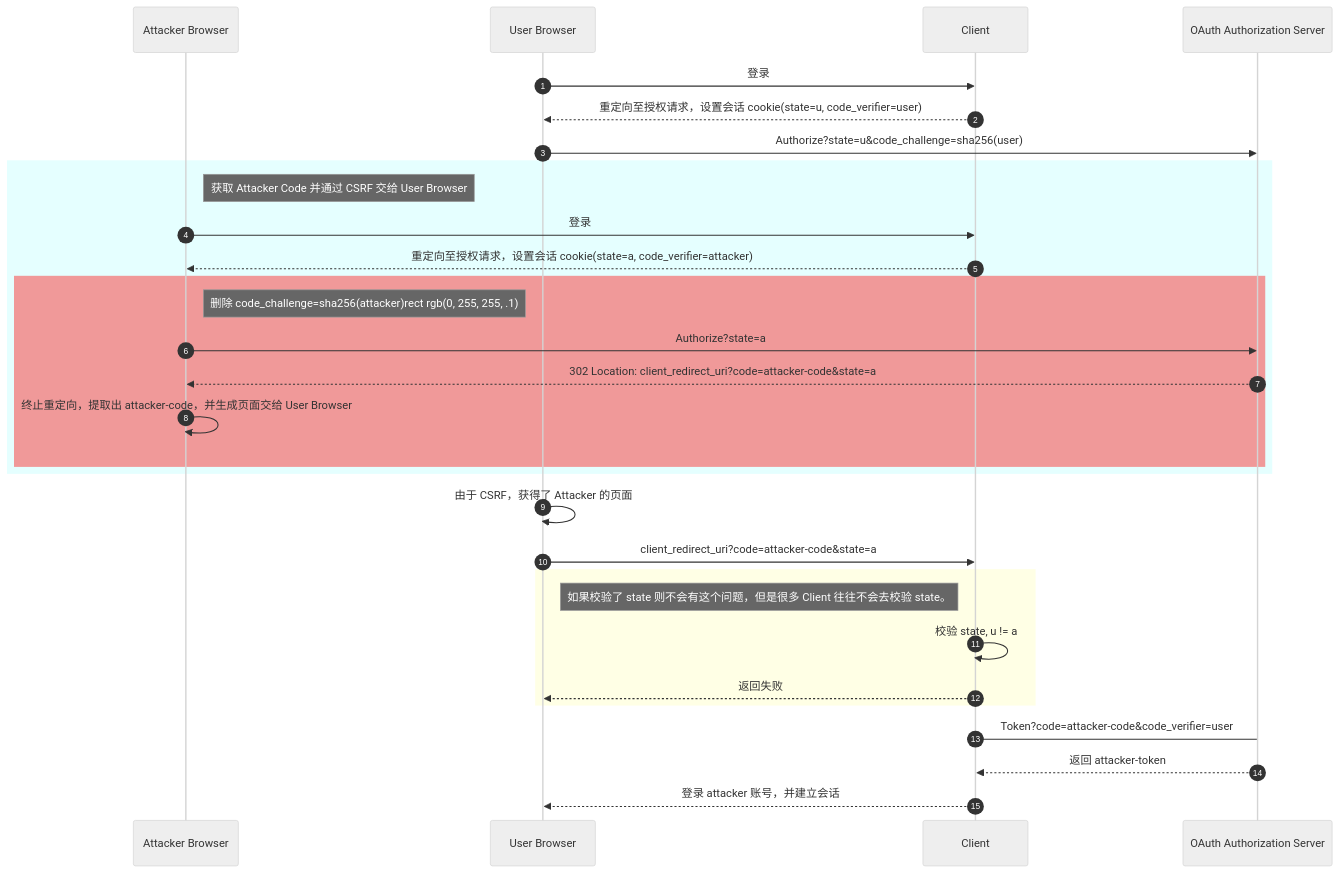
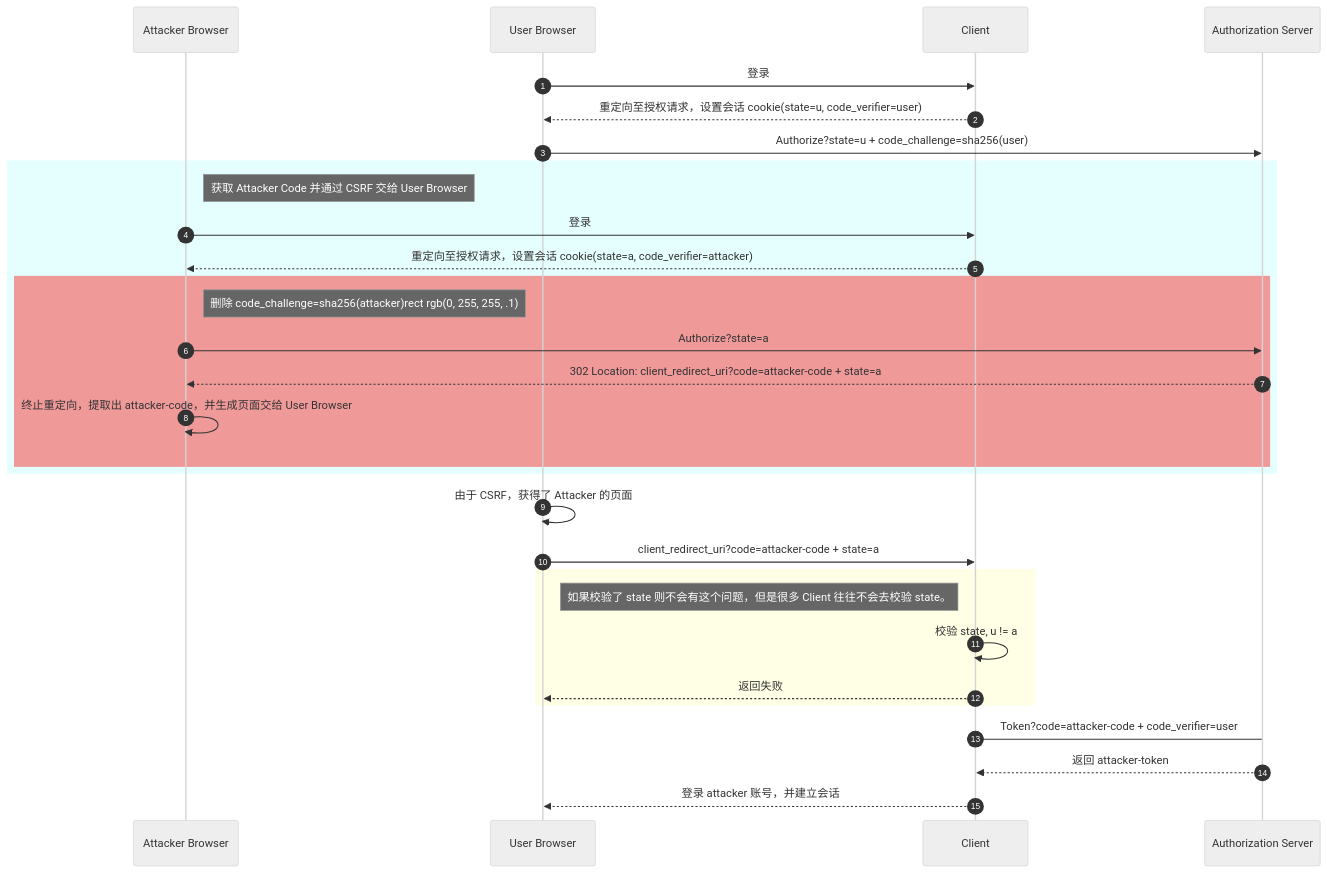
Before and after one commit to lsj9383/blog: the seventh of 9 diagrams in posts/oauth-best-practice/readme.md, drawn with Mermaid (neutral theme). The commit also changed other lines of this file, not shown here.

````diff
--- a/posts/oauth-best-practice/readme.md
+++ b/posts/oauth-best-practice/readme.md
@@ -567,38 +578,38 @@
 ```mermaid
 sequenceDiagram
 autonumber
 
 participant attacker_browser as Attacker Browser
 participant user_browser as User Browser
 participant client as Client
-participant authz_server as OAuth Authorization Server
+participant authz_server as Authorization Server
 
 user_browser ->> client: 登录
 client -->> user_browser: 重定向至授权请求，设置会话 cookie(state=u, code_verifier=user)
-user_browser ->> authz_server: Authorize?state=u&code_challenge=sha256(user)
+user_browser ->> authz_server: Authorize?state=u + code_challenge=sha256(user)
 
 rect rgb(0, 255, 255, .1)
     Note right of attacker_browser: 获取 Attacker Code 并通过 CSRF 交给 User Browser
     attacker_browser ->> client: 登录
     client -->> attacker_browser: 重定向至授权请求，设置会话 cookie(state=a, code_verifier=attacker)
 
     rect rgb(255, 0, 0, .4)
         Note right of attacker_browser: 删除 code_challenge=sha256(attacker)rect rgb(0, 255, 255, .1)
         attacker_browser ->> authz_server: Authorize?state=a
-        authz_server -->> attacker_browser: 302 Location: client_redirect_uri?code=attacker-code&state=a
+        authz_server -->> attacker_browser: 302 Location: client_redirect_uri?code=attacker-code + state=a
         attacker_browser ->> attacker_browser: 终止重定向，提取出 attacker-code，并生成页面交给 User Browser
     end
 end
 
 user_browser ->> user_browser: 由于 CSRF，获得了 Attacker 的页面
-user_browser ->> client: client_redirect_uri?code=attacker-code&state=a
+user_browser ->> client: client_redirect_uri?code=attacker-code + state=a
 
 rect rgb(255, 255, 0, .1)
     Note right of user_browser: 如果校验了 state 则不会有这个问题，但是很多 Client 往往不会去校验 state。
     client ->> client: 校验 state, u != a
     client -->> user_browser: 返回失败
 end
-client -> authz_server: Token?code=attacker-code&code_verifier=user
+client -> authz_server: Token?code=attacker-code + code_verifier=user
 authz_server -->> client: 返回 attacker-token
 client -->> user_browser: 登录 attacker 账号，并建立会话
 ```
````
